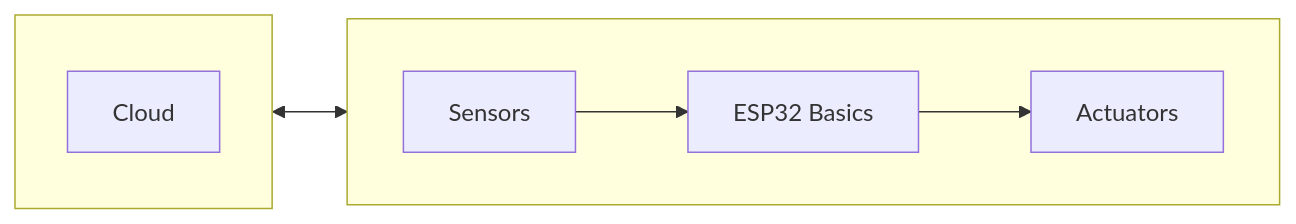
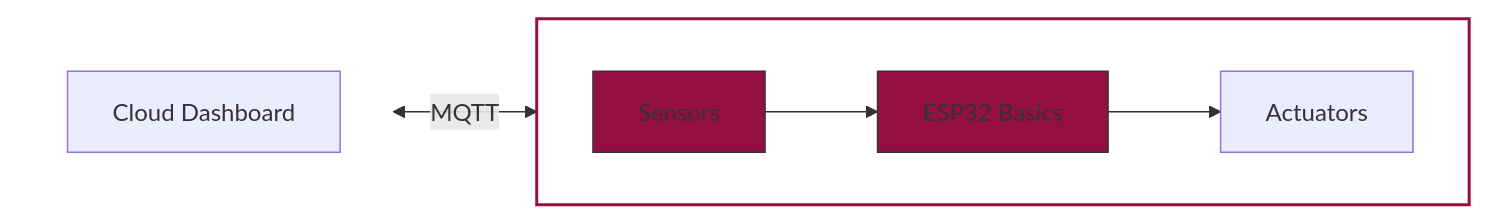
Before and after one commit to mciwing/mciwing.github.io: the diagram in docs/micropython/sensors.md, drawn with Mermaid. The commit also changed other lines of this file and 5 other files, not shown here.

Commit message:
added flowchart

````diff
--- a/docs/micropython/sensors.md
+++ b/docs/micropython/sensors.md
@@ -182,14 +182,33 @@
 ```mermaid
 graph LR
     subgraph TOP[ ]
-        direction TB
-        Cloud
+        direction BT
+            Cloud[Cloud Dashboard]
     end
 
     subgraph MID[ ]
         direction LR
-        Sensors --> ESP32[ESP32 Basics] --> Actuators
+            Sensors:::active
+            ESP32[ESP32 Basics]:::active
+            Actuators
     end
 
-    Cloud <--> ESP32
+    Cloud <--MQTT--> ESP32
+    Sensors --> ESP32
+    ESP32 --> Actuators
+
+    click ESP32 "../setup" _self
+    click Sensors "../sensors" _self
+    click Actuators "../actuator" _self
+    click Cloud "../mqtt" _self
+
+
+    %% Styling
+    classDef active fill:#950f42,stroke:#333,stroke-width:1px;
+    class MID subgraphBox;
+    class TOP subgraphBox2;
+
+    %% Subgraph styling workaround (pseudo-class)
+    classDef subgraphBox fill:#ff000000,stroke:#950f42,stroke-width:2px,color:#fff;
+    classDef subgraphBox2 fill:#ff000000,stroke:#950f42,stroke-width:0px,color:#fff;
 ```
````
